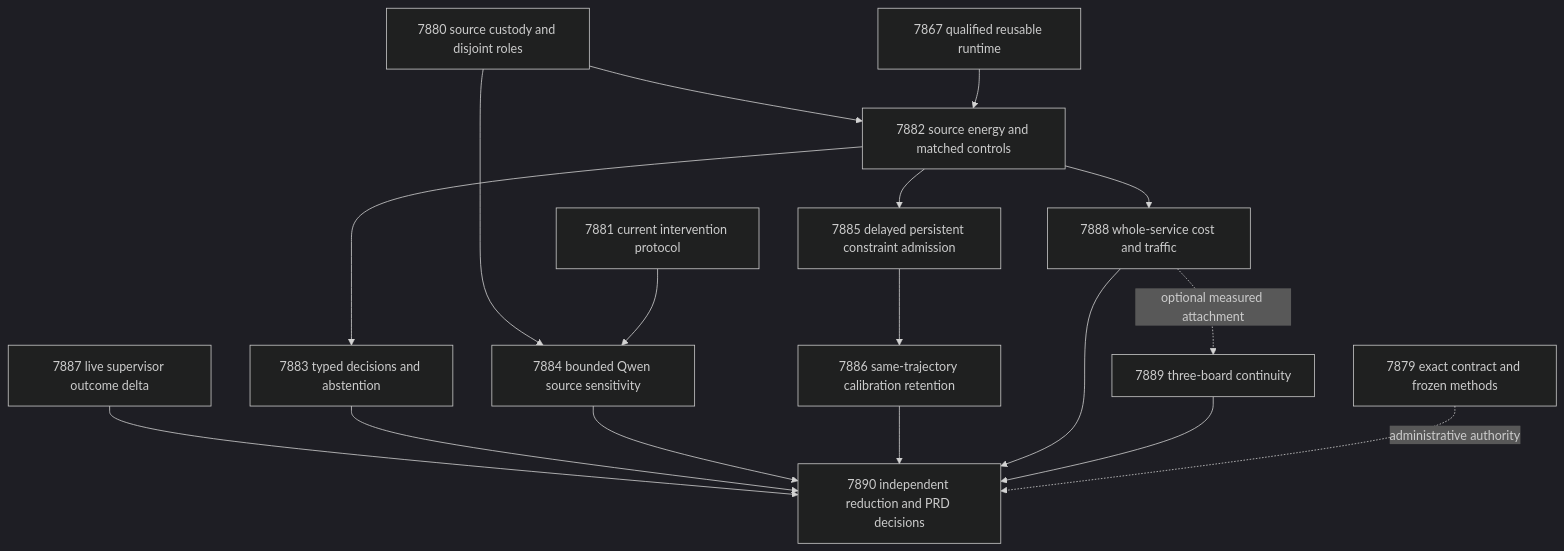
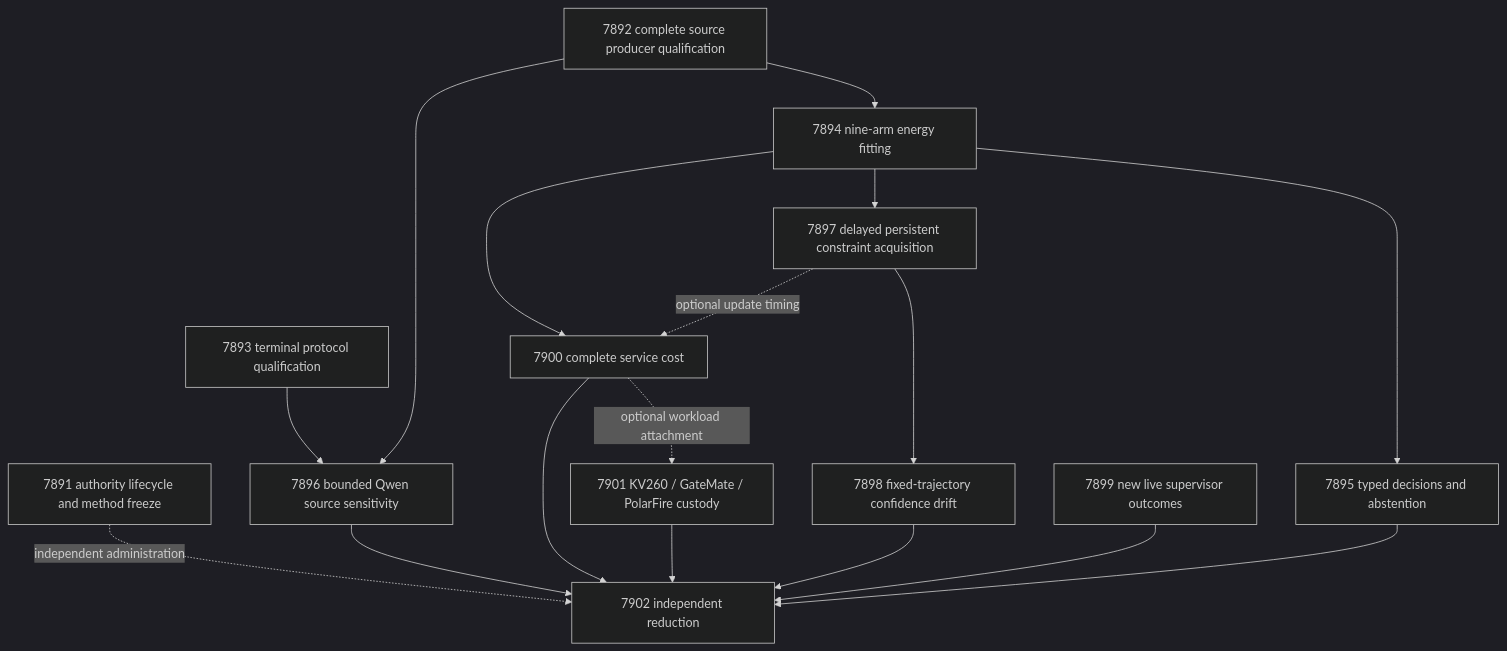
Before and after one commit to Carnot-EBM/carnot-ebm: the diagram in openspec/change-proposals/research-roadmap-vNEXT.md, drawn with Mermaid (dark theme). The commit also changed other lines of this file and 15 other files, not shown here.

````diff
--- a/openspec/change-proposals/research-roadmap-vNEXT.md
+++ b/openspec/change-proposals/research-roadmap-vNEXT.md
@@ -88,19 +85,19 @@
 ```mermaid
 flowchart TD
-  S[7880 source custody and disjoint roles] --> E[7882 source energy and matched controls]
-  R[7867 qualified reusable runtime] --> E
-  E --> D[7883 typed decisions and abstention]
-  S --> Q[7884 bounded Qwen source sensitivity]
-  P[7881 current intervention protocol] --> Q
-  E --> L[7885 delayed persistent constraint admission]
-  L --> C[7886 same-trajectory calibration retention]
-  E --> T[7888 whole-service cost and traffic]
-  T -. optional measured attachment .-> H[7889 three-board continuity]
-  A[7887 live supervisor outcome delta] --> X[7890 independent reduction and PRD decisions]
+  C[7891 authority lifecycle and method freeze] -. independent administration .-> X[7902 independent reduction]
+  S[7892 complete source producer qualification] --> F[7894 nine-arm energy fitting]
+  S --> Q[7896 bounded Qwen source sensitivity]
+  P[7893 terminal protocol qualification] --> Q
+  F --> D[7895 typed decisions and abstention]
+  F --> L[7897 delayed persistent constraint acquisition]
+  L --> R[7898 fixed-trajectory confidence drift]
+  F --> T[7900 complete service cost]
+  L -. optional update timing .-> T
+  T -. optional workload attachment .-> H[7901 KV260 / GateMate / PolarFire custody]
+  A[7899 new live supervisor outcomes] --> X
   D --> X
   Q --> X
-  C --> X
+  R --> X
   T --> X
   H --> X
-  M[7879 exact contract and frozen methods] -. administrative authority .-> X
 ```
````
